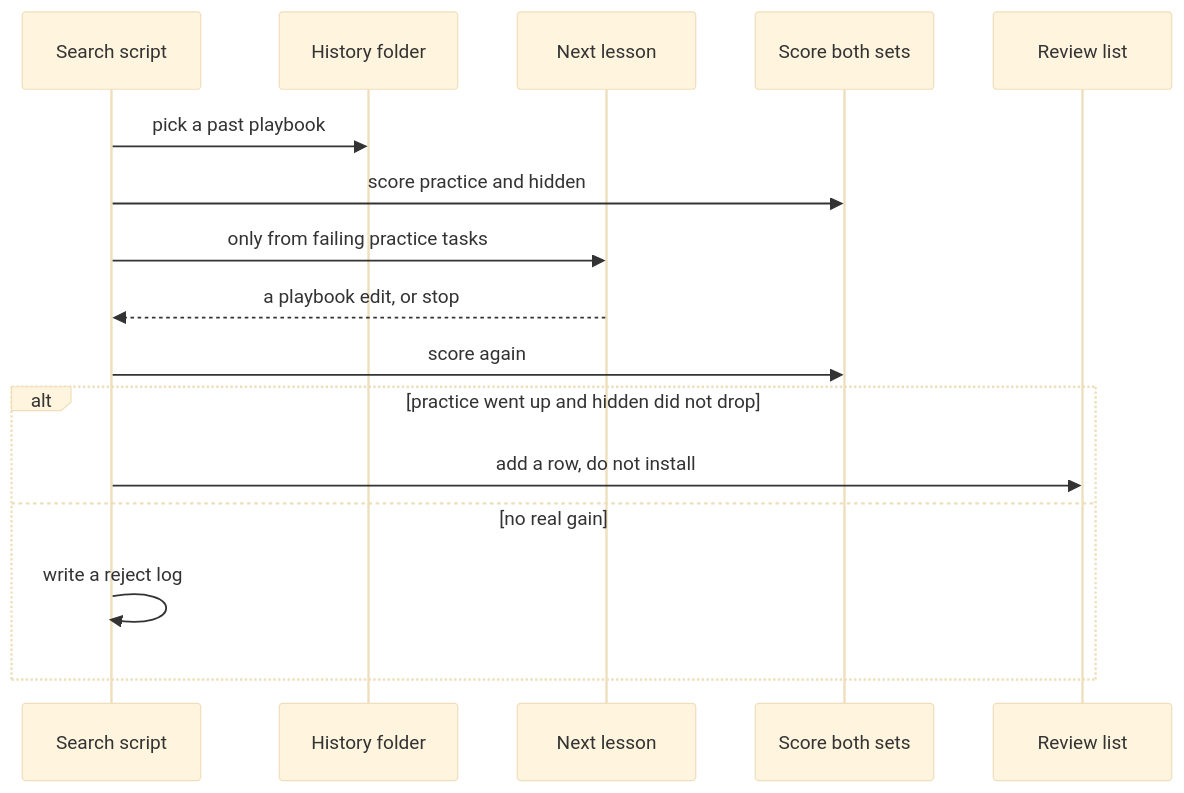
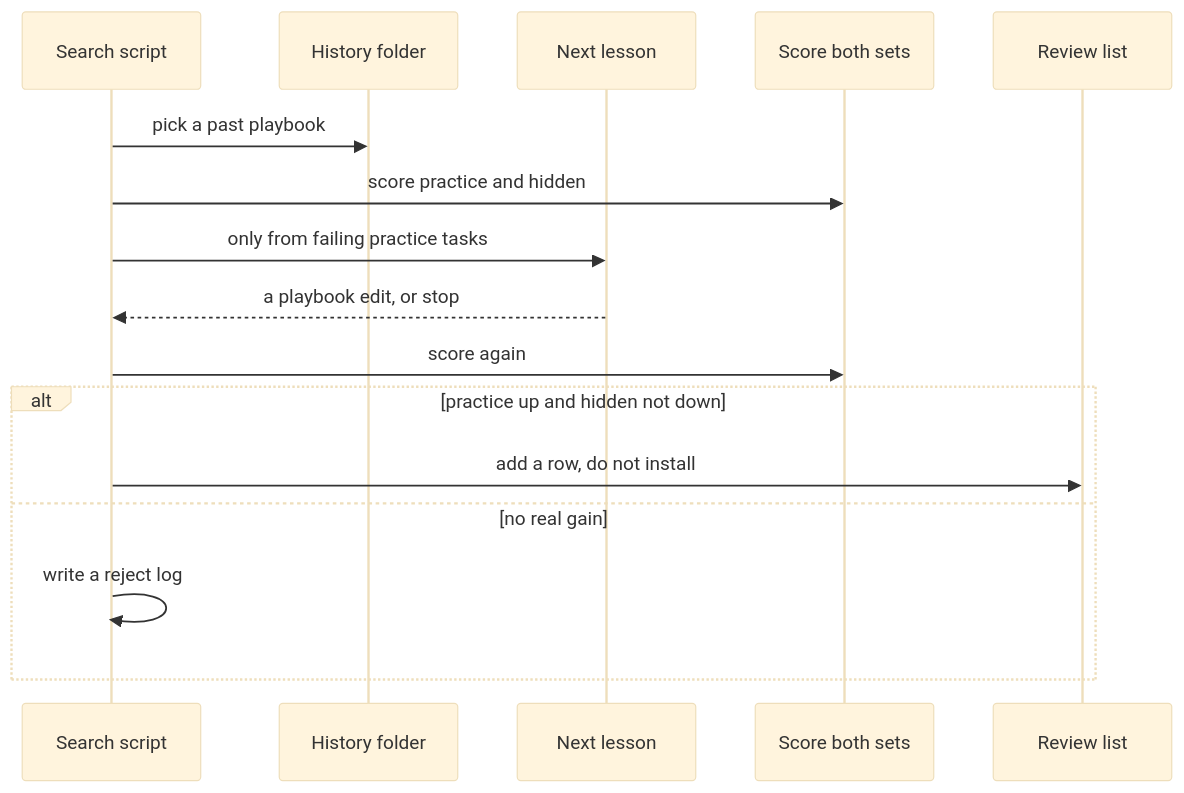
Before and after one commit to Vinayak-RZ/Improveness: the second of 3 diagrams in README.md, drawn with Mermaid (base theme). The commit also changed other lines of this file, not shown here.

````diff
--- a/README.md
+++ b/README.md
@@ -217,18 +173,18 @@
 ```mermaid
 sequenceDiagram
   participant Search as Search script
   participant History as History folder
   participant Lessons as Next lesson
   participant Score as Score both sets
   participant Queue as Review list
   Search->>History: pick a past playbook
   Search->>Score: score practice and hidden
   Search->>Lessons: only from failing practice tasks
   Lessons-->>Search: a playbook edit, or stop
   Search->>Score: score again
-  alt practice went up and hidden did not drop
+  alt practice up and hidden not down
     Search->>Queue: add a row, do not install
   else no real gain
     Search->>Search: write a reject log
   end
 ```
````
